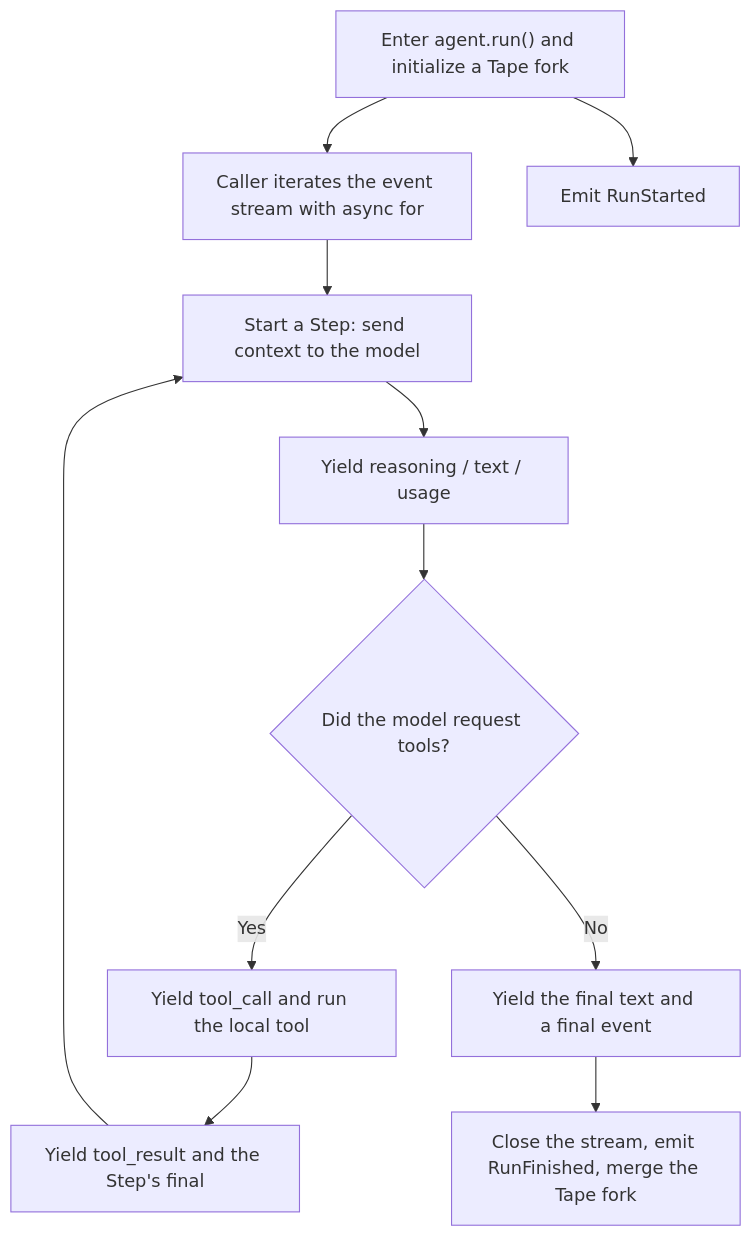
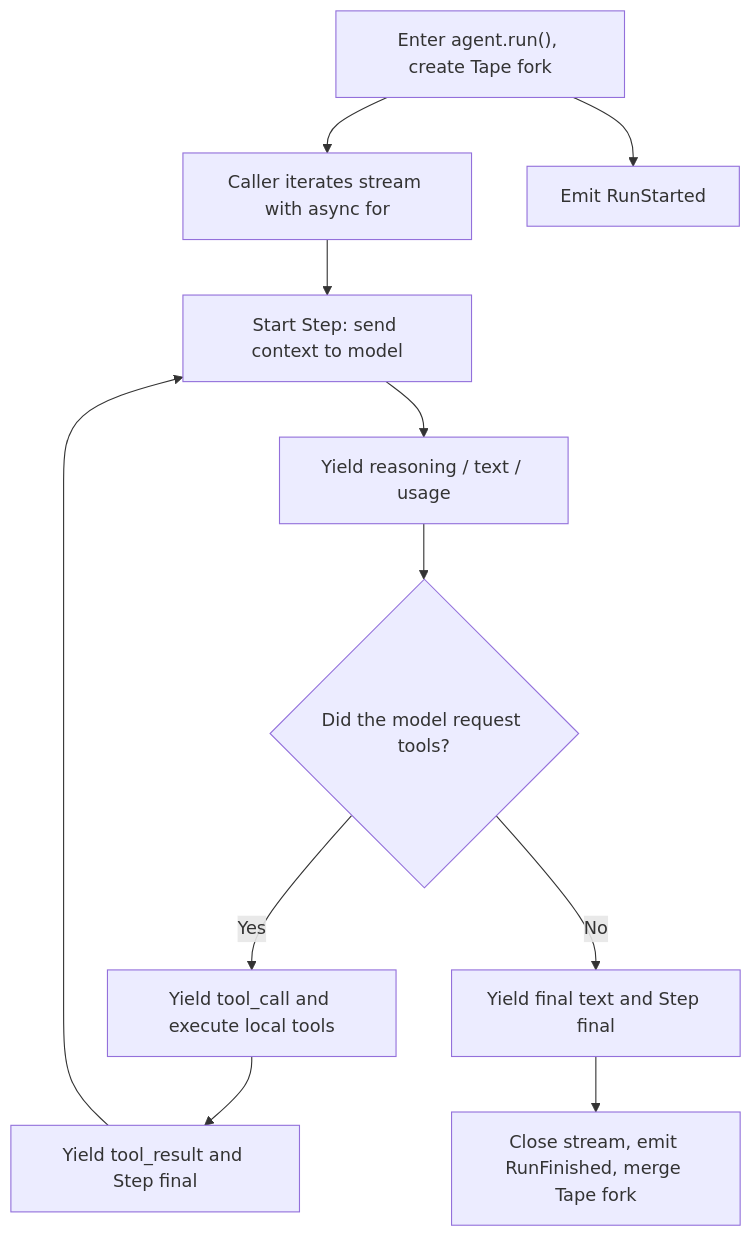
The diagram in website/src/content/docs/docs/sdk/index.md (bubbuild/bub), drawn with Mermaid before and after one commit. The commit also changed other lines of this file and 74 other files, not shown here.

````diff
--- a/website/src/content/docs/docs/sdk/index.md
+++ b/website/src/content/docs/docs/sdk/index.md
@@ -38,13 +40,13 @@
 ```mermaid
 flowchart TD
-    Start["Enter agent.run() and initialize a Tape fork"] --> Consume["Caller iterates the event stream with async for"]
+    Start["Enter agent.run(), create Tape fork"] --> Consume["Caller iterates stream with async for"]
     Start --> RunStarted["Emit RunStarted"]
-    Consume --> Step["Start a Step: send context to the model"]
+    Consume --> Step["Start Step: send context to model"]
     Step --> Output["Yield reasoning / text / usage"]
     Output --> Decision{"Did the model request tools?"}
-    Decision -->|"Yes"| Call["Yield tool_call and run the local tool"]
-    Call --> Result["Yield tool_result and the Step's final"]
+    Decision -->|"Yes"| Call["Yield tool_call and execute local tools"]
+    Call --> Result["Yield tool_result and Step final"]
     Result --> Step
-    Decision -->|"No"| Final["Yield the final text and a final event"]
-    Final --> Close["Close the stream, emit RunFinished, merge the Tape fork"]
+    Decision -->|"No"| Final["Yield final text and Step final"]
+    Final --> Close["Close stream, emit RunFinished, merge Tape fork"]
 ```
````
